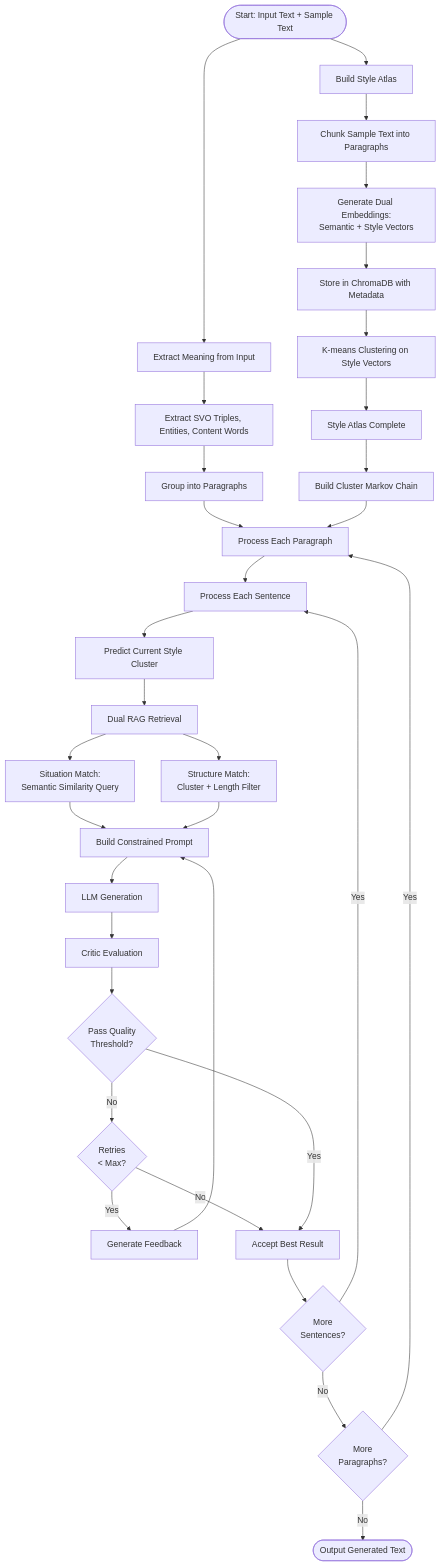
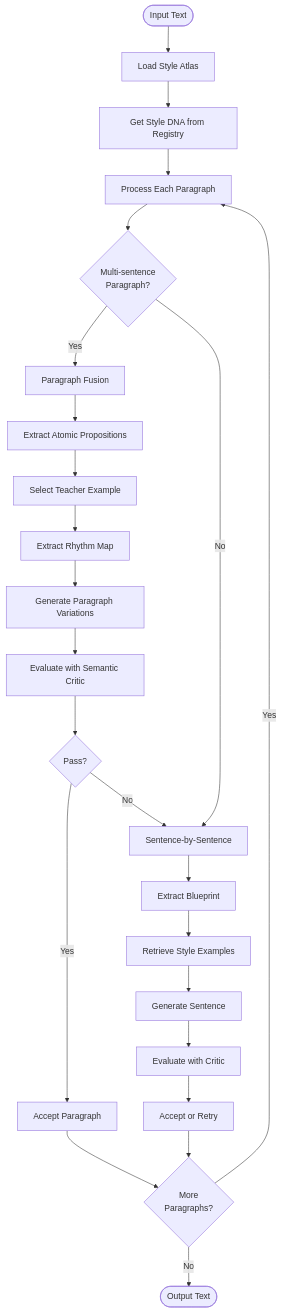
The diagram in README.md (yogthos/revenant), drawn with Mermaid before and after one commit. The commit also changed other lines of this file and 2 other files, not shown here.

Commit message:
add retry logic for llm provider

````diff
--- a/README.md
+++ b/README.md
@@ -452,45 +220,30 @@
 ```mermaid
 flowchart TD
-    Start([Start: Input Text + Sample Text]) --> BuildAtlas[Build Style Atlas]
+    Start([Input Text]) --> LoadAtlas[Load Style Atlas]
+    LoadAtlas --> GetDNA[Get Style DNA from Registry]
+    GetDNA --> ProcessPara[Process Each Paragraph]
 
-    BuildAtlas --> ChunkText[Chunk Sample Text into Paragraphs]
-    ChunkText --> GenEmbeddings[Generate Dual Embeddings:<br/>Semantic + Style Vectors]
-    GenEmbeddings --> StoreChromaDB[Store in ChromaDB with Metadata]
-    StoreChromaDB --> Cluster[K-means Clustering on Style Vectors]
-    Cluster --> AtlasComplete[Style Atlas Complete]
+    ProcessPara --> CheckFusion{Multi-sentence<br/>Paragraph?}
+    CheckFusion -->|Yes| ParaFusion[Paragraph Fusion]
+    CheckFusion -->|No| SentenceMode[Sentence-by-Sentence]
 
-    Start --> ExtractMeaning[Extract Meaning from Input]
-    ExtractMeaning --> ExtractSVO[Extract SVO Triples, Entities, Content Words]
-    ExtractSVO --> GroupParagraphs[Group into Paragraphs]
+    ParaFusion --> ExtractProps[Extract Atomic Propositions]
+    ExtractProps --> SelectTeacher[Select Teacher Example]
+    SelectTeacher --> ExtractRhythm[Extract Rhythm Map]
+    ExtractRhythm --> GeneratePara[Generate Paragraph Variations]
+    GeneratePara --> EvaluatePara[Evaluate with Semantic Critic]
+    EvaluatePara --> PassCheck{Pass?}
+    PassCheck -->|Yes| AcceptPara[Accept Paragraph]
+    PassCheck -->|No| SentenceMode
 
-    AtlasComplete --> BuildMarkov[Build Cluster Markov Chain]
-    GroupParagraphs --> ProcessPara[Process Each Paragraph]
+    SentenceMode --> ExtractBlueprint[Extract Blueprint]
+    ExtractBlueprint --> RetrieveExamples[Retrieve Style Examples]
+    RetrieveExamples --> Generate[Generate Sentence]
+    Generate --> Evaluate[Evaluate with Critic]
+    Evaluate --> Accept[Accept or Retry]
 
-    BuildMarkov --> ProcessPara
-    ProcessPara --> ProcessSentence[Process Each Sentence]
-
-    ProcessSentence --> PredictCluster[Predict Current Style Cluster]
-    PredictCluster --> DualRAG[Dual RAG Retrieval]
-
-    DualRAG --> SituationMatch[Situation Match:<br/>Semantic Similarity Query]
-    DualRAG --> StructureMatch[Structure Match:<br/>Cluster + Length Filter]
-
-    SituationMatch --> BuildPrompt[Build Constrained Prompt]
-    StructureMatch --> BuildPrompt
-
-    BuildPrompt --> LLMGen[LLM Generation]
-    LLMGen --> CriticEval[Critic Evaluation]
-
-    CriticEval --> PassCheck{Pass Quality<br/>Threshold?}
-    PassCheck -->|No| RetryCount{Retries<br/>&lt; Max?}
-    RetryCount -->|Yes| Feedback[Generate Feedback]
-    Feedback --> BuildPrompt
-    RetryCount -->|No| AcceptBest[Accept Best Result]
-
-    PassCheck -->|Yes| AcceptBest
-    AcceptBest --> MoreSentences{More<br/>Sentences?}
-    MoreSentences -->|Yes| ProcessSentence
-    MoreSentences -->|No| MoreParagraphs{More<br/>Paragraphs?}
-    MoreParagraphs -->|Yes| ProcessPara
-    MoreParagraphs -->|No| End([Output Generated Text])
+    AcceptPara --> MorePara{More<br/>Paragraphs?}
+    Accept --> MorePara
+    MorePara -->|Yes| ProcessPara
+    MorePara -->|No| End([Output Text])
 ```
````
